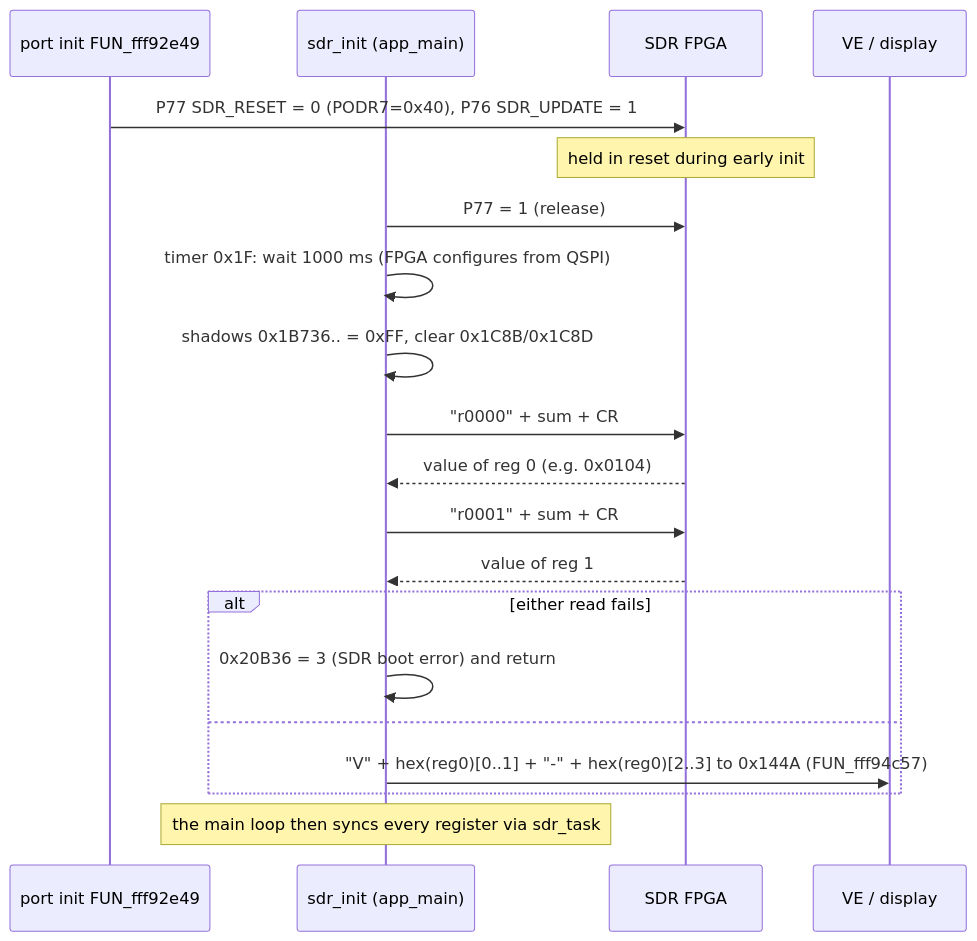
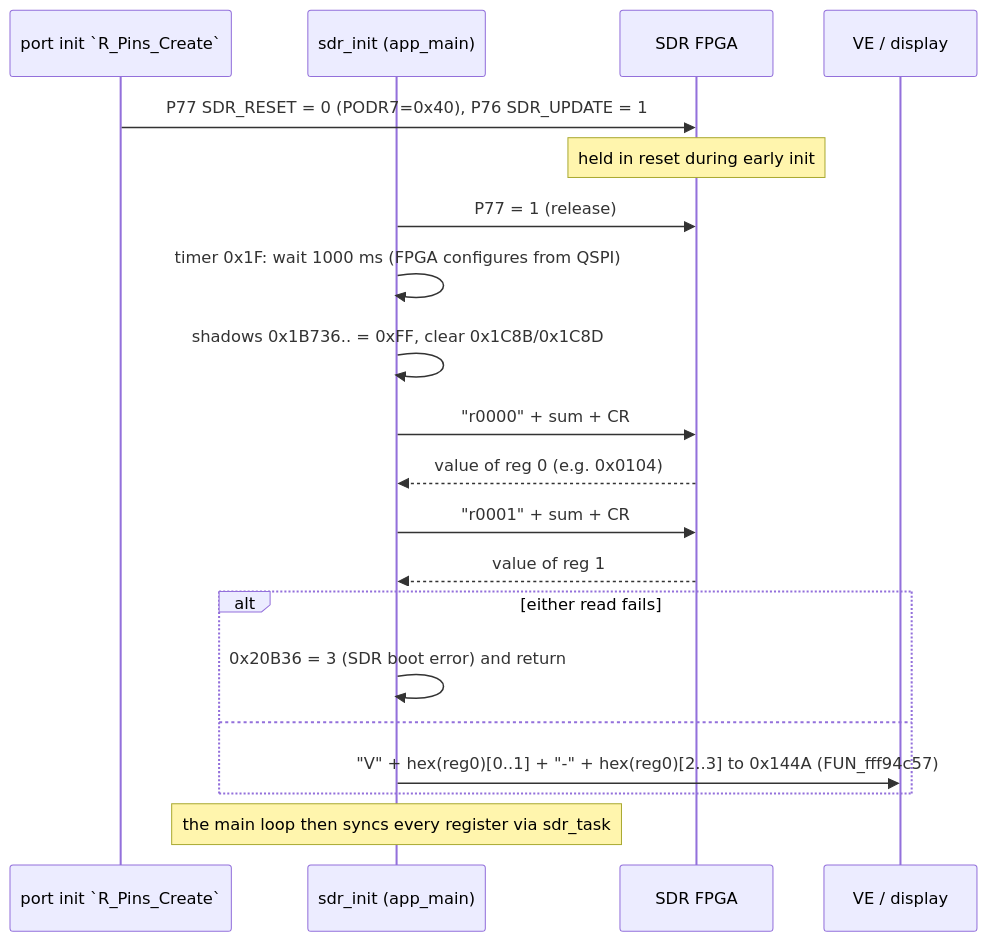
Before and after one commit to Reid-n0rc/FT-710_Firmware: the fourth of 5 diagrams in docs/code/main/sdr-link.md, drawn with Mermaid. The commit also changed other lines of this file and 29 other files, not shown here.

````diff
--- a/docs/code/main/sdr-link.md
+++ b/docs/code/main/sdr-link.md
@@ -243,22 +242,22 @@
 ```mermaid
 sequenceDiagram
-  participant P as port init FUN_fff92e49
+  participant P as port init `R_Pins_Create`
   participant I as sdr_init (app_main)
   participant S as SDR FPGA
   participant V as VE / display
   P->>S: P77 SDR_RESET = 0 (PODR7=0x40), P76 SDR_UPDATE = 1
   Note over S: held in reset during early init
   I->>S: P77 = 1 (release)
   I->>I: timer 0x1F: wait 1000 ms (FPGA configures from QSPI)
   I->>I: shadows 0x1B736.. = 0xFF, clear 0x1C8B/0x1C8D
   I->>S: "r0000" + sum + CR
   S-->>I: value of reg 0 (e.g. 0x0104)
   I->>S: "r0001" + sum + CR
   S-->>I: value of reg 1
   alt either read fails
     I->>I: 0x20B36 = 3 (SDR boot error) and return
   else
     I->>V: "V" + hex(reg0)[0..1] + "-" + hex(reg0)[2..3] to 0x144A (FUN_fff94c57)
   end
   Note over I: the main loop then syncs every register via sdr_task
 ```
````
